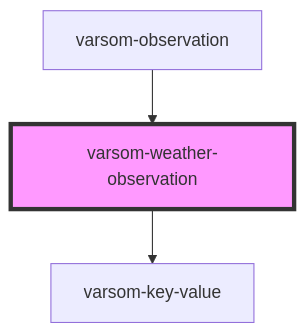
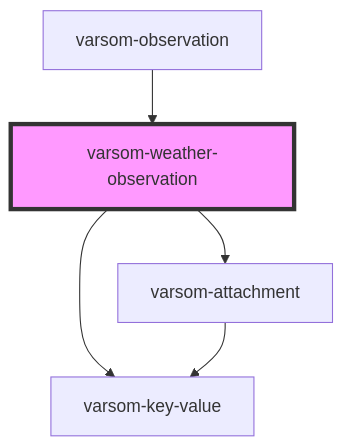
One commit to NVE/varsom-observation changed the diagram in observasjonskort/src/components/varsom-weather-observation/readme.md. Above: the diagram before and after it, drawn with Mermaid. The commit also changed other lines of this file and 34 other files, not shown here.

````diff
--- a/observasjonskort/src/components/varsom-weather-observation/readme.md
+++ b/observasjonskort/src/components/varsom-weather-observation/readme.md
@@ -34,6 +36,8 @@
 ```mermaid
 graph TD;
   varsom-weather-observation --> varsom-key-value
+  varsom-weather-observation --> varsom-attachment
+  varsom-attachment --> varsom-key-value
   varsom-observation --> varsom-weather-observation
   style varsom-weather-observation fill:#f9f,stroke:#333,stroke-width:4px
 ```
````
